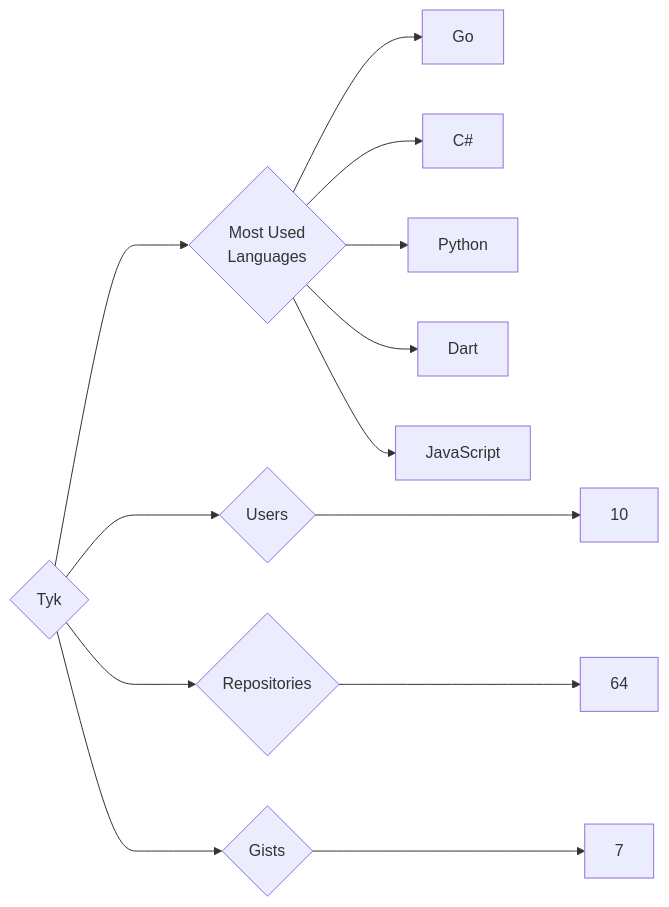
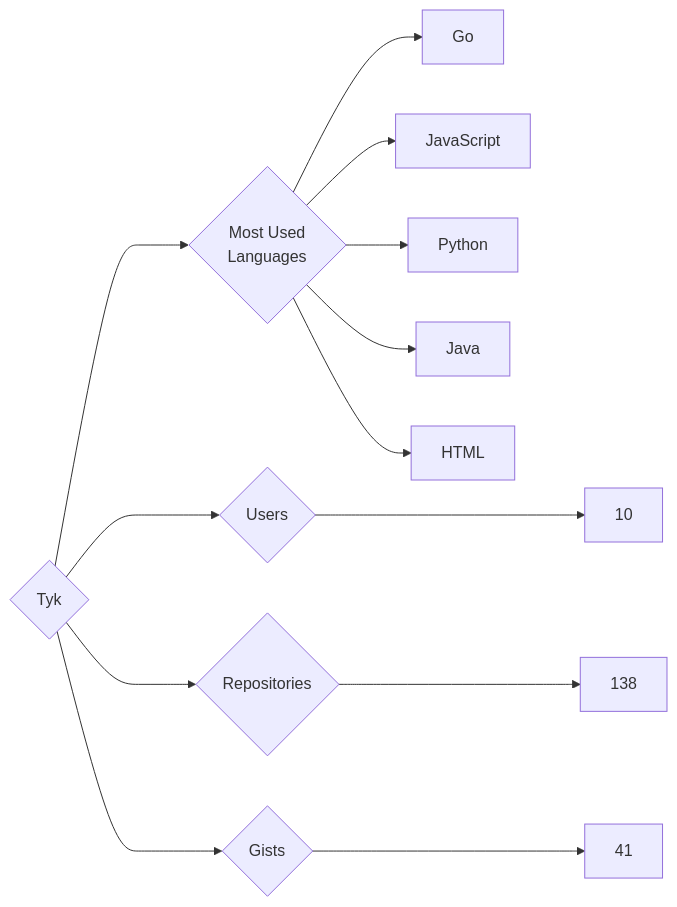
One commit to trickest/insiders changed the diagram in targets/Tyk/README.md. Above: the diagram before and after it, drawn with Mermaid. The commit also changed 695 other files, not shown here.

````diff
--- a/targets/Tyk/README.md
+++ b/targets/Tyk/README.md
@@ -3,13 +3,13 @@
 ```mermaid
 graph LR
 COMPANY_NAME{Tyk}
 COMPANY_NAME ---> U{Users} ---> UN[10]
-COMPANY_NAME ---> R{Repositories} ---> RN[64]
-COMPANY_NAME ---> G{Gists} ---> GN[7]
+COMPANY_NAME ---> R{Repositories} ---> RN[138]
+COMPANY_NAME ---> G{Gists} ---> GN[41]
 COMPANY_NAME ---> ML{Most Used<br>Languages}
 ML --> Go[Go]
-ML --> C#[C#]
+ML --> JavaScript[JavaScript]
 ML --> Python[Python]
-ML --> Dart[Dart]
-ML --> JavaScript[JavaScript]
+ML --> Java[Java]
+ML --> HTML[HTML]
 ```
````
